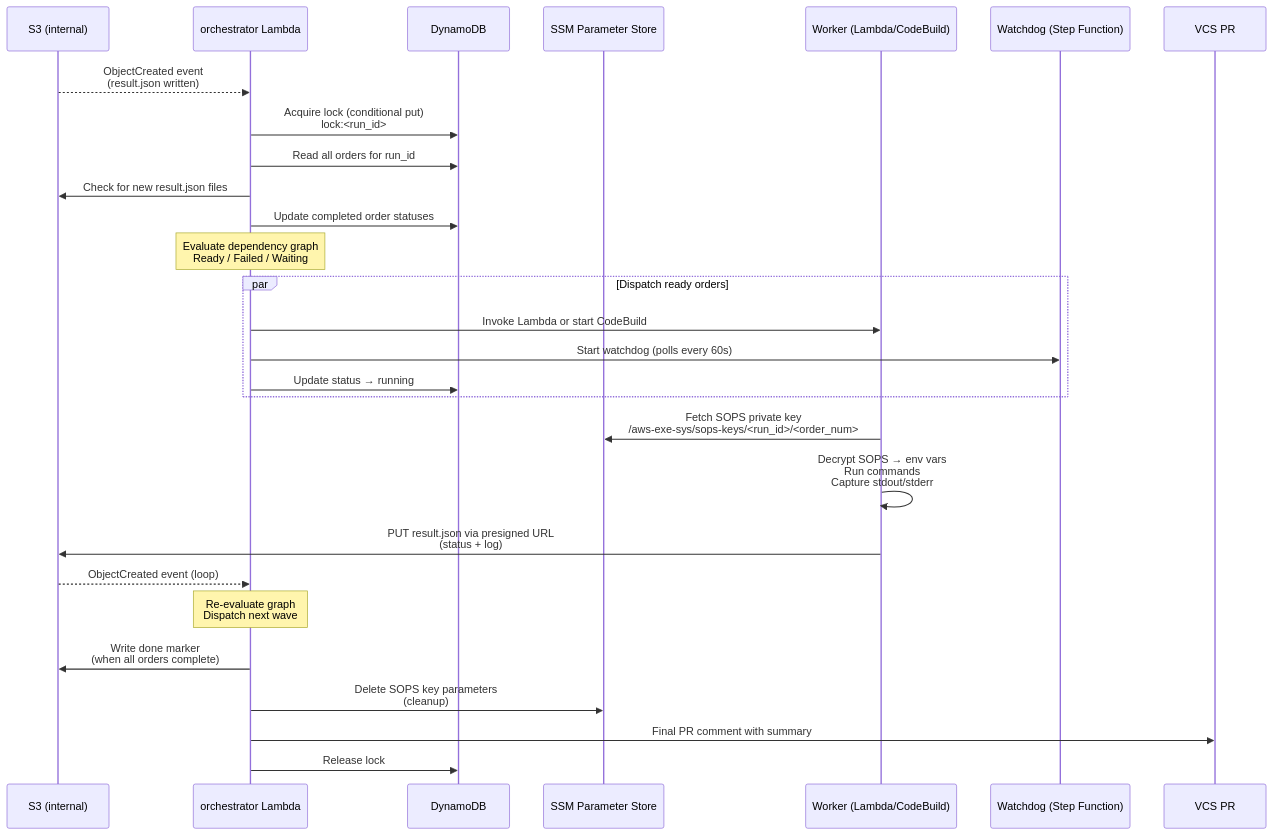
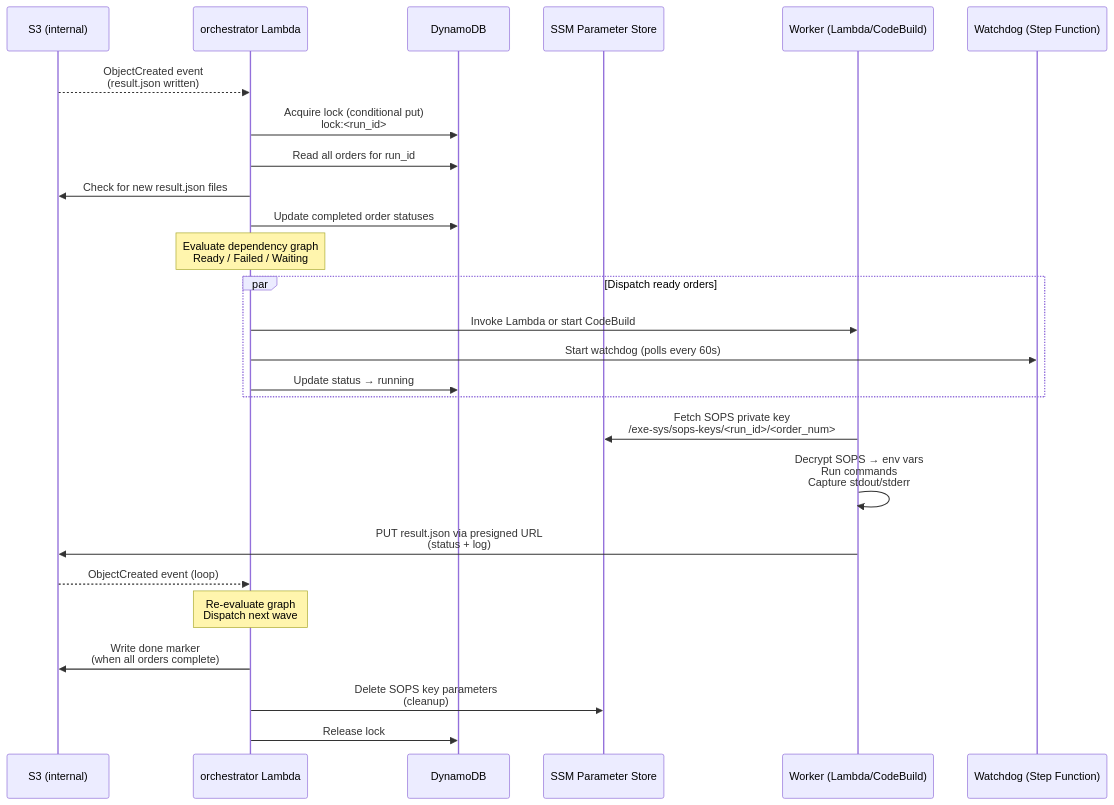
One commit to config0-hub/aws-execution-engine changed the third of 5 diagrams in docs/ARCHITECTURE_DIAGRAM.md. Above: the diagram before and after it, drawn with Mermaid. The commit also changed other lines of this file and 170 other files, not shown here.

````diff
--- a/docs/ARCHITECTURE_DIAGRAM.md
+++ b/docs/ARCHITECTURE_DIAGRAM.md
@@ -70,40 +69,38 @@
 ```mermaid
 sequenceDiagram
     participant S3 as S3 (internal)
     participant Orch as orchestrator Lambda
     participant DDB as DynamoDB
     participant SSM as SSM Parameter Store
     participant Worker as Worker (Lambda/CodeBuild)
     participant SFN as Watchdog (Step Function)
-    participant PR as VCS PR
 
     S3-->>Orch: ObjectCreated event<br>(result.json written)
 
     Orch->>DDB: Acquire lock (conditional put)<br>lock:<run_id>
 
     Orch->>DDB: Read all orders for run_id
     Orch->>S3: Check for new result.json files
     Orch->>DDB: Update completed order statuses
 
     Note over Orch: Evaluate dependency graph<br>Ready / Failed / Waiting
 
     par Dispatch ready orders
         Orch->>Worker: Invoke Lambda or start CodeBuild
         Orch->>SFN: Start watchdog (polls every 60s)
         Orch->>DDB: Update status → running
     end
 
-    Worker->>SSM: Fetch SOPS private key<br>/aws-exe-sys/sops-keys/<run_id>/<order_num>
+    Worker->>SSM: Fetch SOPS private key<br>/exe-sys/sops-keys/<run_id>/<order_num>
     Worker->>Worker: Decrypt SOPS → env vars<br>Run commands<br>Capture stdout/stderr
 
     Worker->>S3: PUT result.json via presigned URL<br>(status + log)
 
     S3-->>Orch: ObjectCreated event (loop)
 
     Note over Orch: Re-evaluate graph<br>Dispatch next wave
 
     Orch->>S3: Write done marker<br>(when all orders complete)
     Orch->>SSM: Delete SOPS key parameters<br>(cleanup)
-    Orch->>PR: Final PR comment with summary
     Orch->>DDB: Release lock
 ```
````
